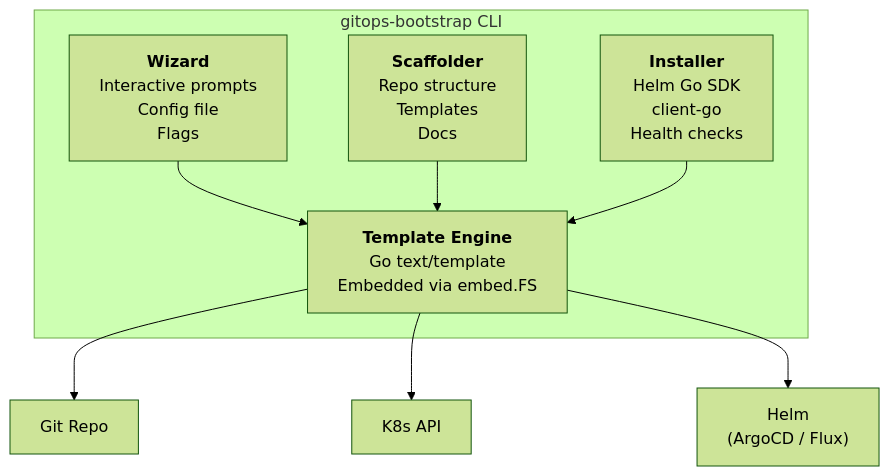
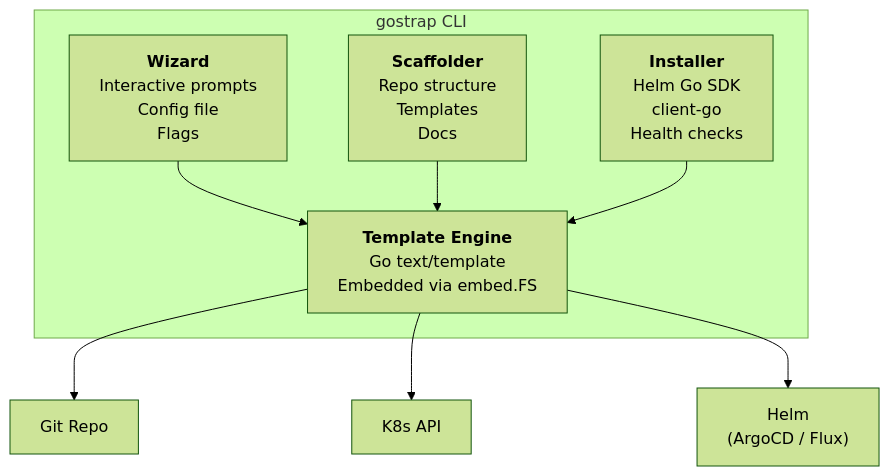
One commit to y0s3ph/gitops-bootstrap changed the diagram in README.md. Above: the diagram before and after it, drawn with Mermaid (forest theme). The commit also changed other lines of this file and 16 other files, not shown here.

First line of the commit message:
refactor: rename project from gitops-bootstrap to gostrap

````diff
--- a/README.md
+++ b/README.md
@@ -152,18 +152,18 @@
 ```mermaid
 graph TD
-    subgraph CLI["gitops-bootstrap CLI"]
+    subgraph CLI["gostrap CLI"]
         Wizard["<b>Wizard</b><br/>Interactive prompts<br/>Config file<br/>Flags"]
         Scaffolder["<b>Scaffolder</b><br/>Repo structure<br/>Templates<br/>Docs"]
         Installer["<b>Installer</b><br/>Helm Go SDK<br/>client-go<br/>Health checks"]
 
         Wizard --> Engine
         Scaffolder --> Engine
         Installer --> Engine
 
         Engine["<b>Template Engine</b><br/>Go text/template<br/>Embedded via embed.FS"]
     end
 
     Engine --> Git["Git Repo"]
     Engine --> K8s["K8s API"]
     Engine --> Helm["Helm<br/>(ArgoCD / Flux)"]
 ```
````
